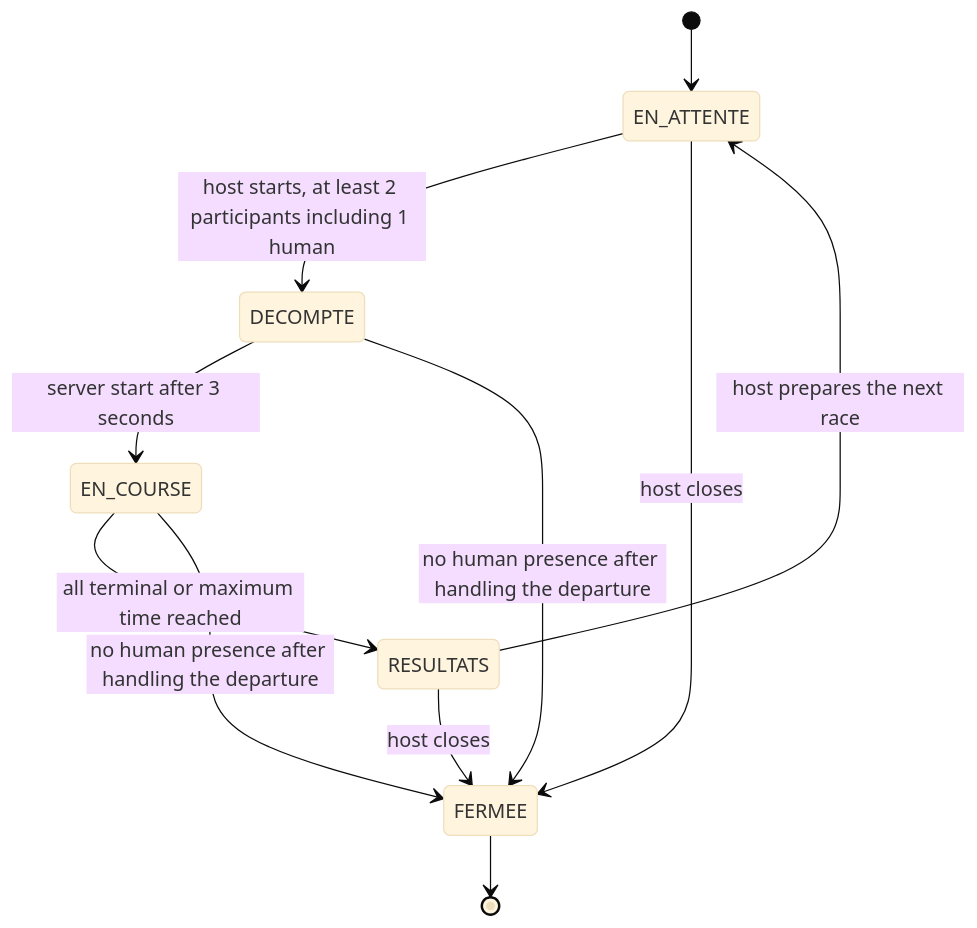
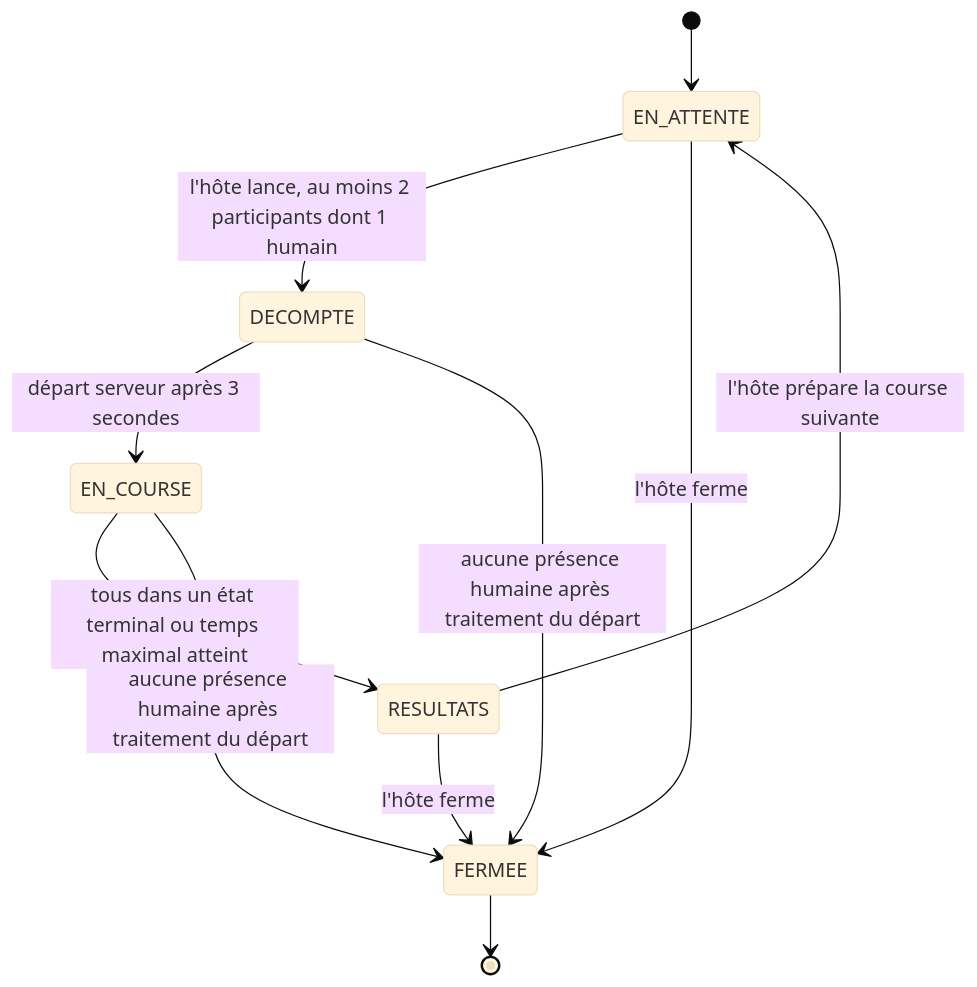
Before and after one commit to PhilJordan18/incision: the third of 4 diagrams in docs/ARCHITECTURE.md, drawn with Mermaid (base theme). The commit also changed other lines of this file and 8 other files, not shown here.

````diff
--- a/docs/ARCHITECTURE.md
+++ b/docs/ARCHITECTURE.md
@@ -88,13 +88,13 @@
 ```mermaid
 stateDiagram-v2
   [*] --> EN_ATTENTE
-  EN_ATTENTE --> DECOMPTE: host starts, at least 2 participants including 1 human
-  DECOMPTE --> EN_COURSE: server start after 3 seconds
-  EN_COURSE --> RESULTATS: all terminal or maximum time reached
-  RESULTATS --> EN_ATTENTE: host prepares the next race
-  RESULTATS --> FERMEE: host closes
-  EN_ATTENTE --> FERMEE: host closes
-  DECOMPTE --> FERMEE: no human presence after handling the departure
-  EN_COURSE --> FERMEE: no human presence after handling the departure
+  EN_ATTENTE --> DECOMPTE: l'hôte lance, au moins 2 participants dont 1 humain
+  DECOMPTE --> EN_COURSE: départ serveur après 3 secondes
+  EN_COURSE --> RESULTATS: tous dans un état terminal ou temps maximal atteint
+  RESULTATS --> EN_ATTENTE: l'hôte prépare la course suivante
+  RESULTATS --> FERMEE: l'hôte ferme
+  EN_ATTENTE --> FERMEE: l'hôte ferme
+  DECOMPTE --> FERMEE: aucune présence humaine après traitement du départ
+  EN_COURSE --> FERMEE: aucune présence humaine après traitement du départ
   FERMEE --> [*]
 ```
````
